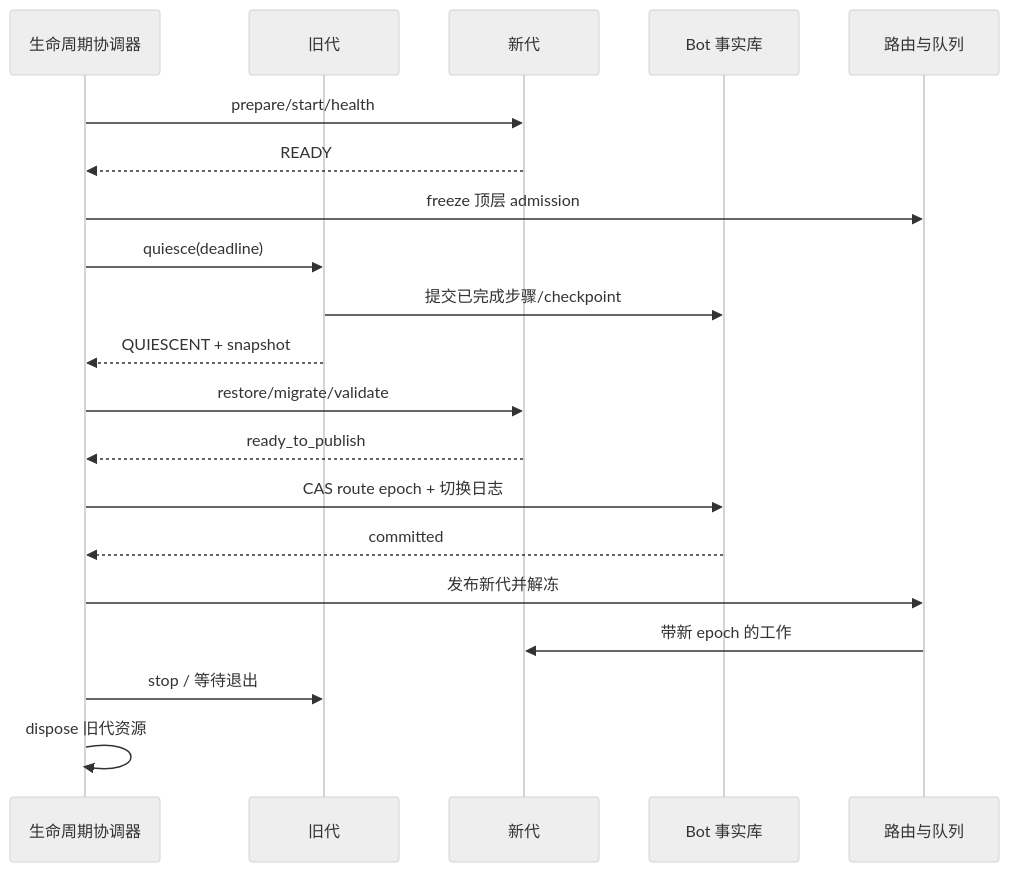
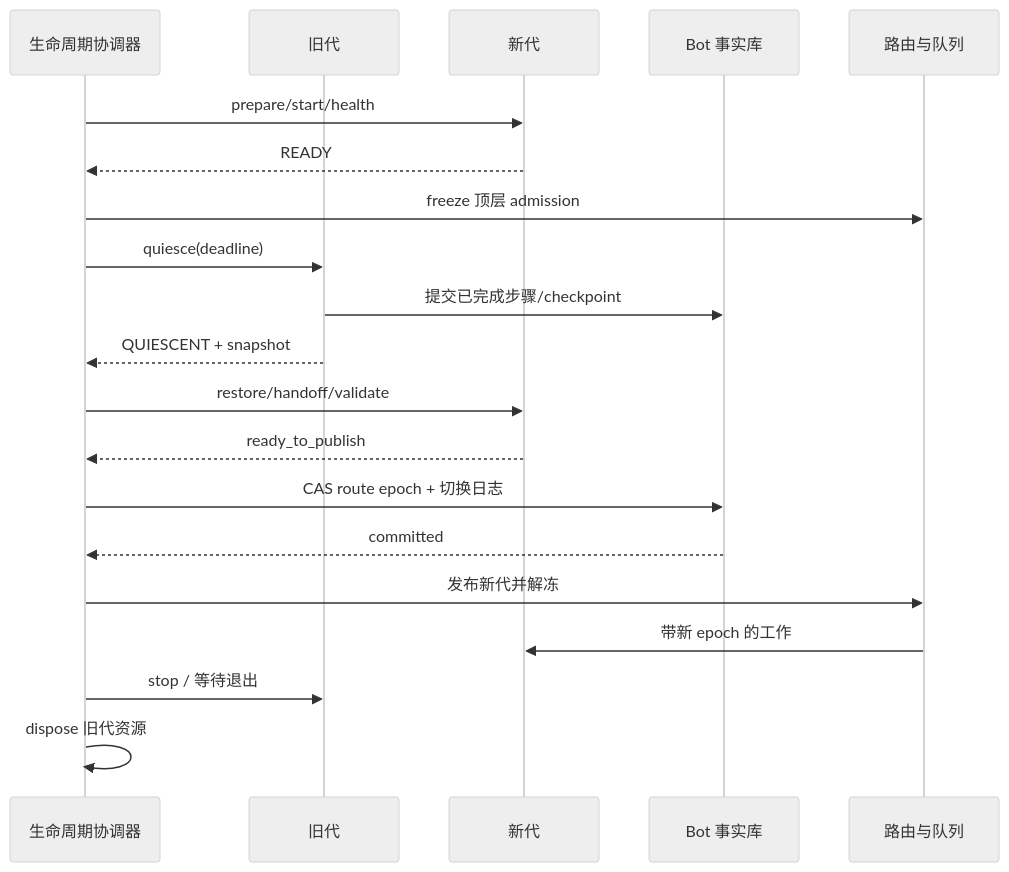
One commit to sjrsjz/forest changed the second of 2 diagrams in doc/02-kernel-lifecycle.md. Above: the diagram before and after it, drawn with Mermaid (neutral theme). The commit also changed other lines of this file and 12 other files, not shown here.

Commit message:
correct architecture authority before implementation

````diff
--- a/doc/02-kernel-lifecycle.md
+++ b/doc/02-kernel-lifecycle.md
@@ -203,22 +203,22 @@
 ```mermaid
 sequenceDiagram
     participant LC as 生命周期协调器
     participant OLD as 旧代
     participant NEW as 新代
     participant DB as Bot 事实库
     participant R as 路由与队列
     LC->>NEW: prepare/start/health
     NEW-->>LC: READY
     LC->>R: freeze 顶层 admission
     LC->>OLD: quiesce(deadline)
     OLD->>DB: 提交已完成步骤/checkpoint
     OLD-->>LC: QUIESCENT + snapshot
-    LC->>NEW: restore/migrate/validate
+    LC->>NEW: restore/handoff/validate
     NEW-->>LC: ready_to_publish
     LC->>DB: CAS route epoch + 切换日志
     DB-->>LC: committed
     LC->>R: 发布新代并解冻
     R->>NEW: 带新 epoch 的工作
     LC->>OLD: stop / 等待退出
     LC->>LC: dispose 旧代资源
 ```
````
